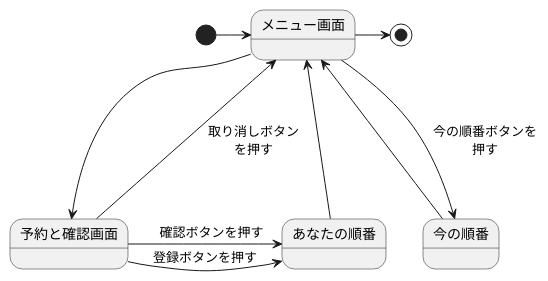
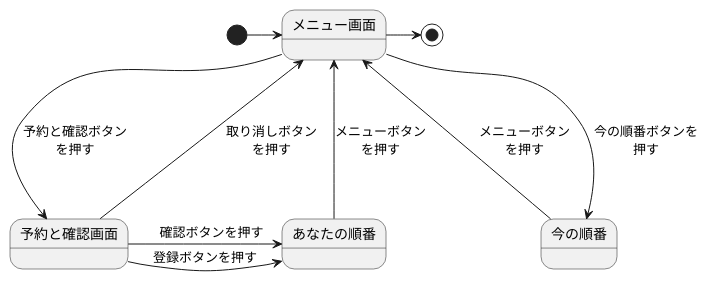
The diagram in 6/演習6-3_ステートマシン図_診察予約システム.pu (chibachibaibu2003/laughing-carnival), drawn with PlantUML before and after one commit.

Commit message:
演習6-3の修正

```diff
--- a/6/演習6-3_ステートマシン図_診察予約システム.pu
+++ b/6/演習6-3_ステートマシン図_診察予約システム.pu
@@ -1,11 +1,11 @@
 @startuml 演習6-3
     [*]-right->メニュー画面
-    メニュー画面--down->予約と確認画面
+    メニュー画面--down->予約と確認画面: 予約と確認ボタン\nを押す
     メニュー画面<-up--予約と確認画面: 取り消しボタン\nを押す
-    メニュー画面<-up--あなたの順番
+    メニュー画面<-up--あなたの順番: メニューボタン\nを押す
     予約と確認画面--right->あなたの順番: 登録ボタンを押す
     予約と確認画面--right->あなたの順番:　確認ボタンを押す
-    メニュー画面<-up--今の順番
+    メニュー画面<-up--今の順番: メニューボタン\nを押す
     メニュー画面--down->今の順番: 今の順番ボタンを\n押す
     メニュー画面-right->[*]
 @enduml
```
